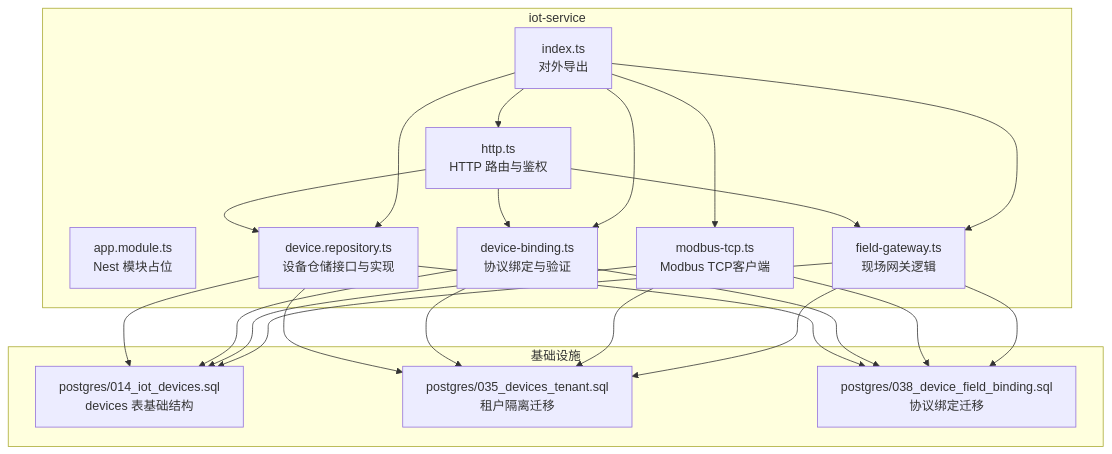
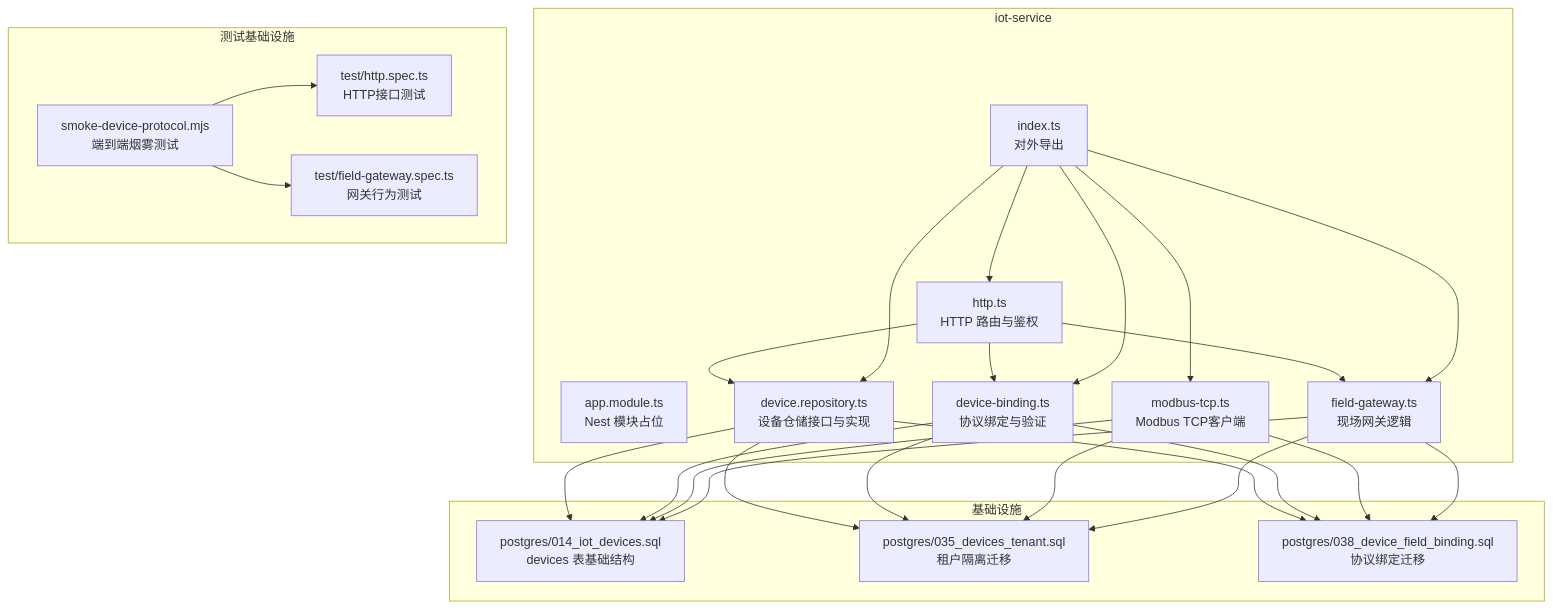
The first of 10 diagrams in .qoder/repowiki/zh/content/核心服务文档/物联网设备管理/物联网设备管理.md (q446328246/agri-platform), drawn with Mermaid before and after one commit. The commit also changed other lines of this file and 25 other files, not shown here.

````diff
--- a/.qoder/repowiki/zh/content/核心服务文档/物联网设备管理/物联网设备管理.md
+++ b/.qoder/repowiki/zh/content/核心服务文档/物联网设备管理/物联网设备管理.md
@@ -53,37 +56,44 @@
 ```mermaid
 graph TB
 subgraph "iot-service"
 A["app.module.ts<br/>Nest 模块占位"]
 B["http.ts<br/>HTTP 路由与鉴权"]
 C["device.repository.ts<br/>设备仓储接口与实现"]
 D["index.ts<br/>对外导出"]
 E["device-binding.ts<br/>协议绑定与验证"]
 F["modbus-tcp.ts<br/>Modbus TCP客户端"]
 G["field-gateway.ts<br/>现场网关逻辑"]
 end
+subgraph "测试基础设施"
+H["smoke-device-protocol.mjs<br/>端到端烟雾测试"]
+I["test/http.spec.ts<br/>HTTP接口测试"]
+J["test/field-gateway.spec.ts<br/>网关行为测试"]
+end
 subgraph "基础设施"
-H["postgres/014_iot_devices.sql<br/>devices 表基础结构"]
-I["postgres/035_devices_tenant.sql<br/>租户隔离迁移"]
-J["postgres/038_device_field_binding.sql<br/>协议绑定迁移"]
+K["postgres/014_iot_devices.sql<br/>devices 表基础结构"]
+L["postgres/035_devices_tenant.sql<br/>租户隔离迁移"]
+M["postgres/038_device_field_binding.sql<br/>协议绑定迁移"]
 end
 B --> C
 B --> E
 B --> G
 D --> B
 D --> C
 D --> E
 D --> F
 D --> G
-C --> H
-C --> I
-C --> J
-E --> H
-E --> I
-E --> J
-F --> H
-F --> I
-F --> J
-G --> H
-G --> I
-G --> J
+C --> K
+C --> L
+C --> M
+E --> K
+E --> L
+E --> M
+F --> K
+F --> L
+F --> M
+G --> K
+G --> L
+G --> M
+H --> I
+H --> J
 ```
````
